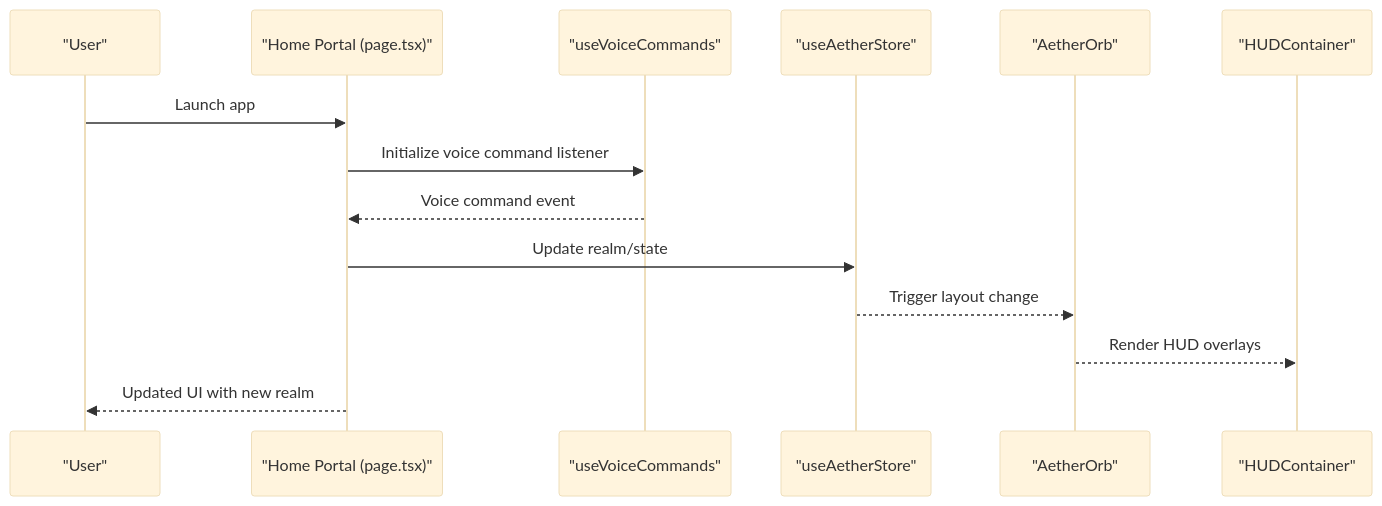
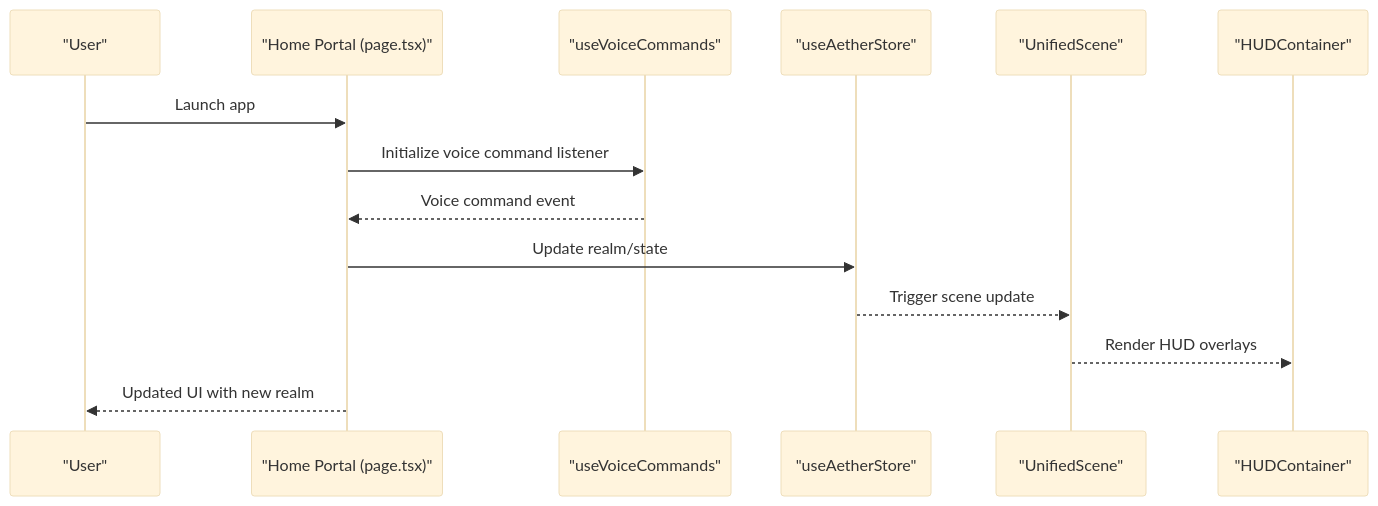
The fourth of 11 diagrams in .qoder/repowiki/en/content/Frontend Application/Next.js Application Structure.md (Moeabdelaziz007/Aether-Voice-OS), drawn with Mermaid (base theme) before and after one commit. The commit also changed other lines of this file and 29 other files, not shown here.

````diff
--- a/.qoder/repowiki/en/content/Frontend Application/Next.js Application Structure.md
+++ b/.qoder/repowiki/en/content/Frontend Application/Next.js Application Structure.md
@@ -168,16 +183,16 @@
 ```mermaid
 sequenceDiagram
 participant User as "User"
 participant Portal as "Home Portal (page.tsx)"
 participant Voice as "useVoiceCommands"
 participant Store as "useAetherStore"
-participant Orb as "AetherOrb"
+participant Scene as "UnifiedScene"
 participant HUD as "HUDContainer"
 User->>Portal : Launch app
 Portal->>Voice : Initialize voice command listener
 Voice-->>Portal : Voice command event
 Portal->>Store : Update realm/state
-Store-->>Orb : Trigger layout change
-Orb-->>HUD : Render HUD overlays
+Store-->>Scene : Trigger scene update
+Scene-->>HUD : Render HUD overlays
 Portal-->>User : Updated UI with new realm
 ```
````
